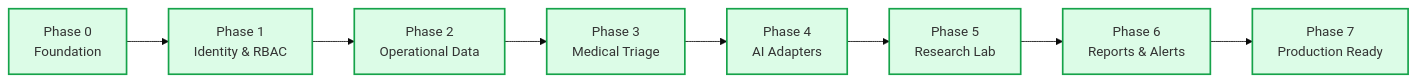
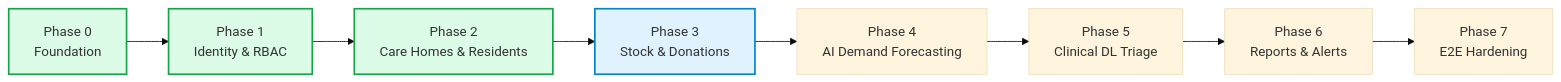
Before and after one commit to nibhakumariu9798-crypto/walframe-sysrem: the diagram in ANTIGRAVITY_MASTER_PROMPT.md, drawn with Mermaid (base theme). The commit also changed other lines of this file, not shown here.

Commit message:
docs: enrich ANTIGRAVITY_MASTER_PROMPT.md with complete 15-module matrix, 8-phase roadmap, and 7-role access matrix

````diff
--- a/ANTIGRAVITY_MASTER_PROMPT.md
+++ b/ANTIGRAVITY_MASTER_PROMPT.md
@@ -23,13 +47,15 @@
 ```mermaid
 flowchart LR
     P0["Phase 0<br/>Foundation"] --> P1["Phase 1<br/>Identity & RBAC"]
-    P1 --> P2["Phase 2<br/>Operational Data"]
-    P2 --> P3["Phase 3<br/>Medical Triage"]
-    P3 --> P4["Phase 4<br/>AI Adapters"]
-    P4 --> P5["Phase 5<br/>Research Lab"]
+    P1 --> P2["Phase 2<br/>Care Homes & Residents"]
+    P2 --> P3["Phase 3<br/>Stock & Donations"]
+    P3 --> P4["Phase 4<br/>AI Demand Forecasting"]
+    P4 --> P5["Phase 5<br/>Clinical DL Triage"]
     P5 --> P6["Phase 6<br/>Reports & Alerts"]
-    P6 --> P7["Phase 7<br/>Production Ready"]
+    P6 --> P7["Phase 7<br/>E2E Hardening"]
 
     classDef done fill:#dcfce7,stroke:#16a34a,stroke-width:2px;
-    class P0,P1,P2,P3,P4,P5,P6,P7 done;
+    classDef next fill:#e0f2fe,stroke:#0284c7,stroke-width:2px;
+    class P0,P1,P2 done;
+    class P3 next;
 ```
````
